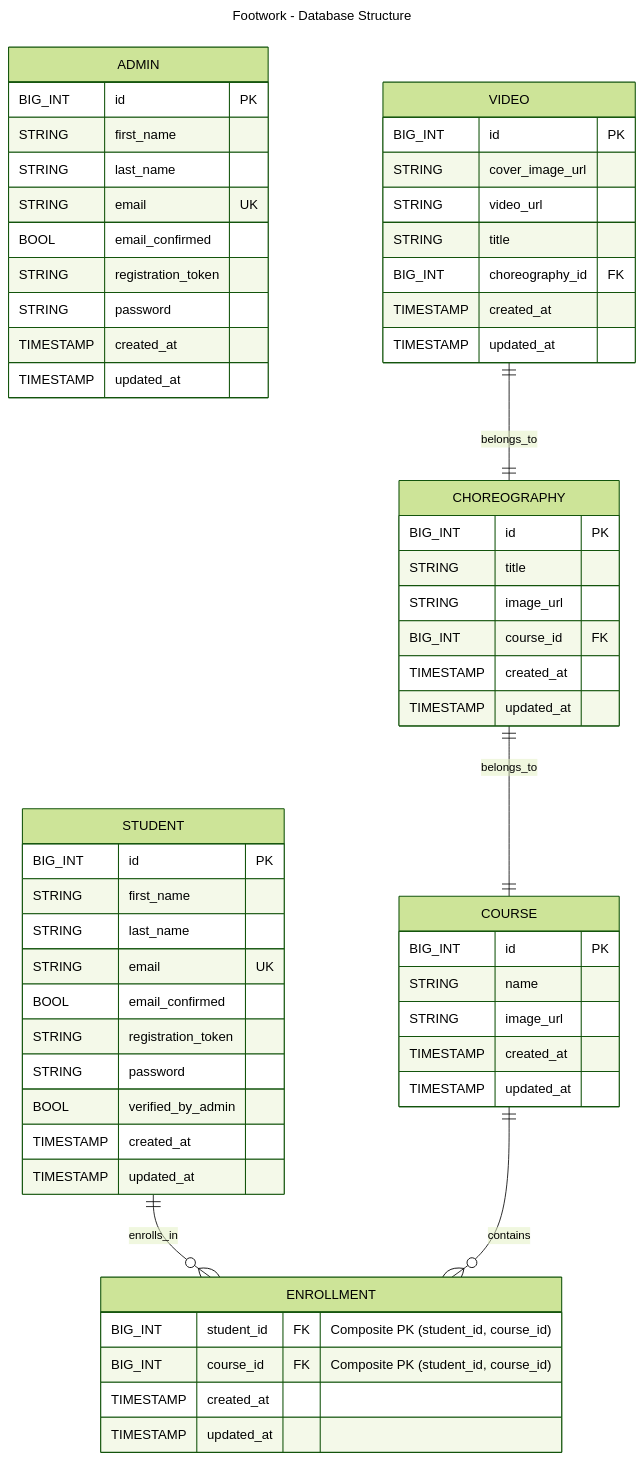
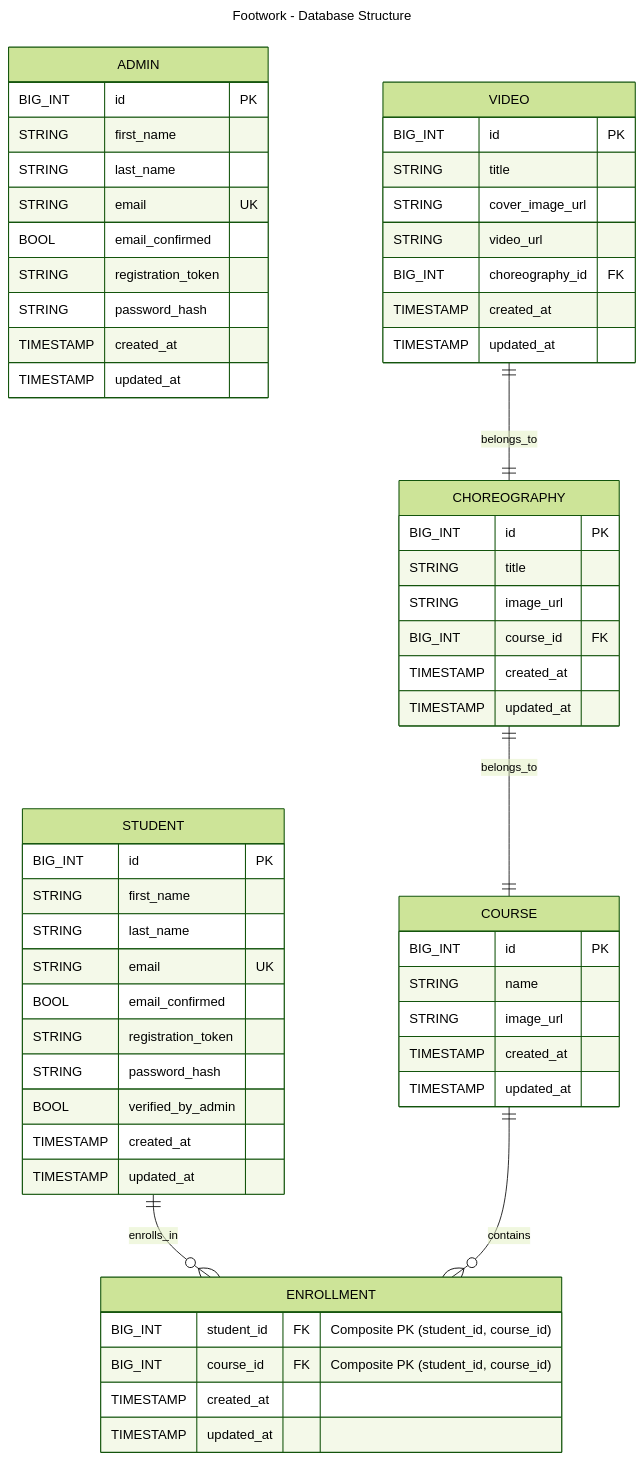
The diagram in README.md (gianlucaromeo/footwork-backend), drawn with Mermaid (forest theme) before and after one commit.

````diff
--- a/README.md
+++ b/README.md
@@ -12,70 +12,70 @@
 ```mermaid
 ---
 title: Footwork - Database Structure
 ---
 erDiagram
     ADMIN {
         BIG_INT id PK
         STRING first_name
         STRING last_name
         STRING email UK
         BOOL email_confirmed
         STRING registration_token
-        STRING password
+        STRING password_hash
         TIMESTAMP created_at
         TIMESTAMP updated_at
     }
 
     STUDENT {
         BIG_INT id PK
         STRING first_name
         STRING last_name
         STRING email UK
         BOOL email_confirmed
         STRING registration_token
-        STRING password
+        STRING password_hash
         BOOL verified_by_admin
         TIMESTAMP created_at
         TIMESTAMP updated_at
     }
 
     COURSE {
         BIG_INT id PK
         STRING name
         STRING image_url
         TIMESTAMP created_at
         TIMESTAMP updated_at
     }
 
     CHOREOGRAPHY {
         BIG_INT id PK
         STRING title
         STRING image_url
         BIG_INT course_id FK
         TIMESTAMP created_at
         TIMESTAMP updated_at
     }
 
     VIDEO {
         BIG_INT id PK
+        STRING title
         STRING cover_image_url
         STRING video_url
-        STRING title
         BIG_INT choreography_id FK
         TIMESTAMP created_at
         TIMESTAMP updated_at
     }
 
     ENROLLMENT {
         BIG_INT student_id FK "Composite PK (student_id, course_id)"
         BIG_INT course_id FK "Composite PK (student_id, course_id)"
         TIMESTAMP created_at
         TIMESTAMP updated_at
     }
     
     VIDEO ||--|| CHOREOGRAPHY : belongs_to
     CHOREOGRAPHY ||--|| COURSE : belongs_to
 
     STUDENT ||--o{ ENROLLMENT : enrolls_in
     COURSE ||--o{ ENROLLMENT : contains
 ```
````
